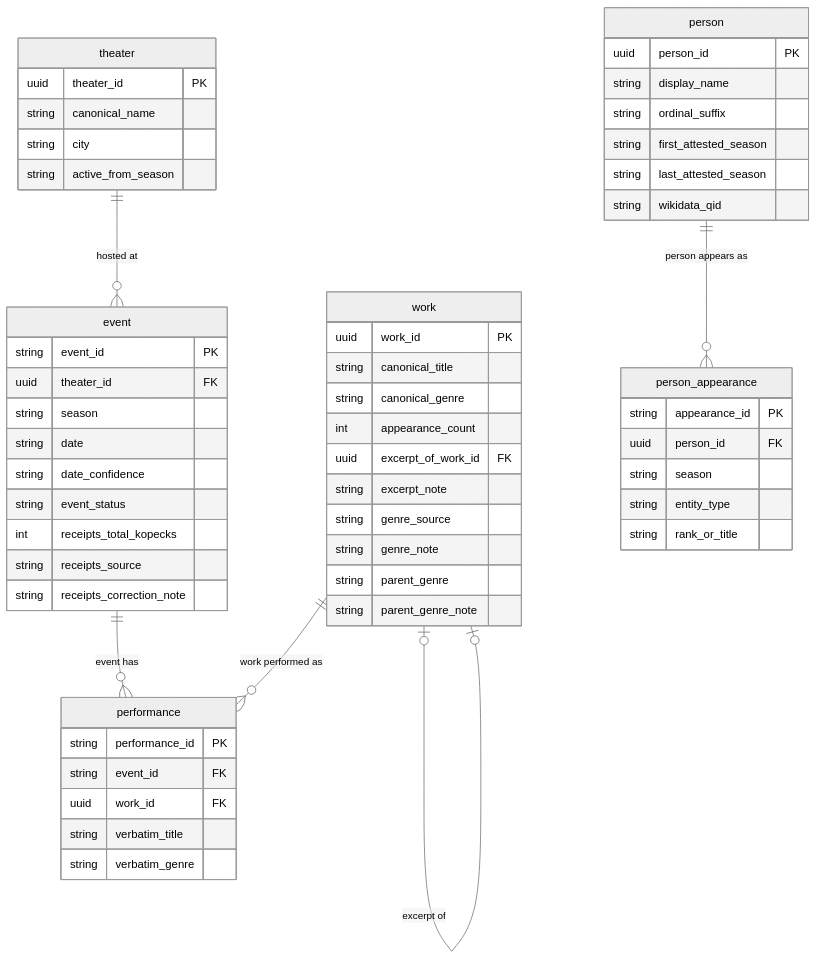
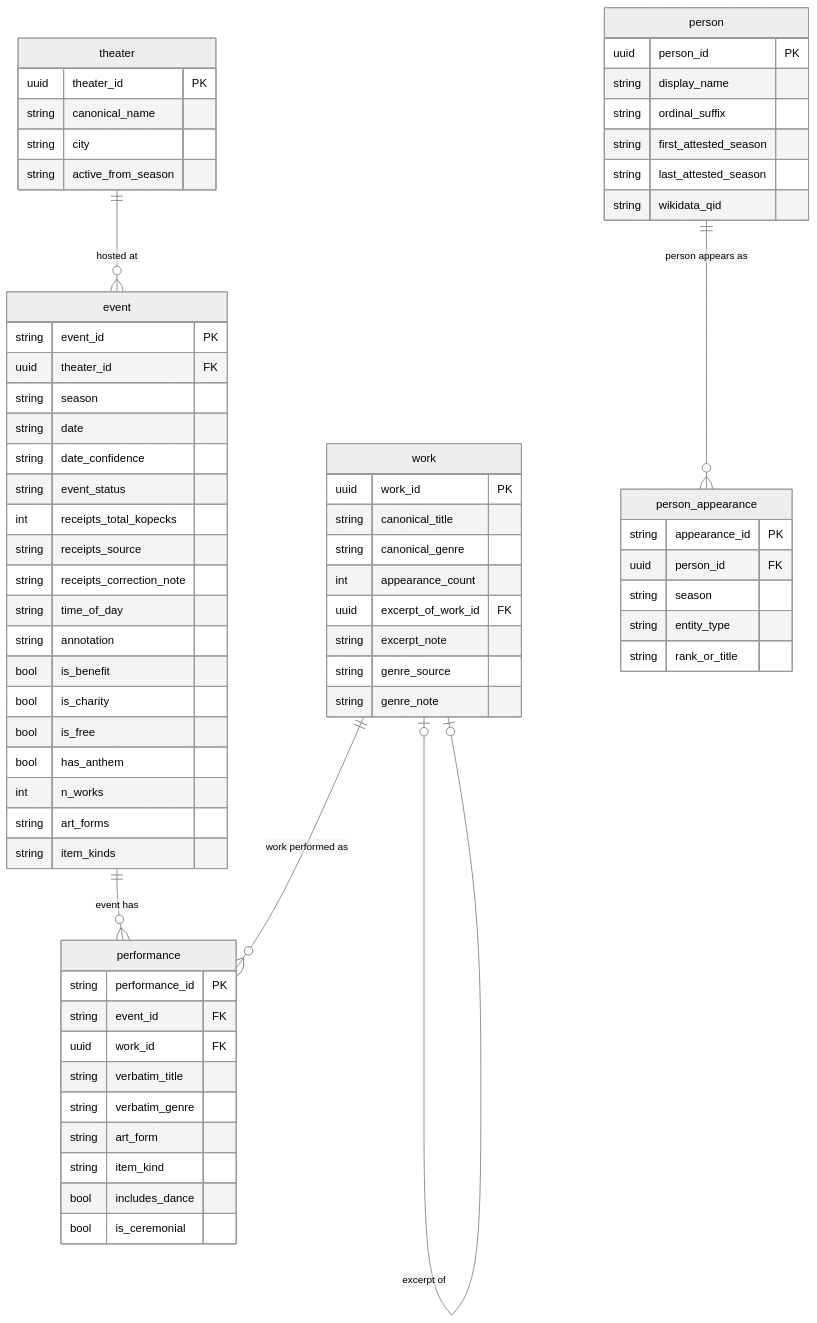
Before and after one commit to PULdischo/imperial_russia_theatre_yearbooks: the second of 2 diagrams in README.md, drawn with Mermaid (neutral theme).

Commit message:
README: research-layer diagram follows the new event and performance columns

````diff
--- a/README.md
+++ b/README.md
@@ -264,60 +264,71 @@
 ```mermaid
 erDiagram
     theater {
         uuid theater_id PK
         string canonical_name
         string city
         string active_from_season
     }
     work {
         uuid work_id PK
         string canonical_title
         string canonical_genre
         int appearance_count
         uuid excerpt_of_work_id FK
         string excerpt_note
         string genre_source
         string genre_note
-        string parent_genre
-        string parent_genre_note
     }
     person {
         uuid person_id PK
         string display_name
         string ordinal_suffix
         string first_attested_season
         string last_attested_season
         string wikidata_qid
     }
     event {
         string event_id PK
         uuid theater_id FK
         string season
         string date
         string date_confidence
         string event_status
         int receipts_total_kopecks
         string receipts_source
         string receipts_correction_note
+        string time_of_day
+        string annotation
+        bool is_benefit
+        bool is_charity
+        bool is_free
+        bool has_anthem
+        int n_works
+        string art_forms
+        string item_kinds
     }
     performance {
         string performance_id PK
         string event_id FK
         uuid work_id FK
         string verbatim_title
         string verbatim_genre
+        string art_form
+        string item_kind
+        bool includes_dance
+        bool is_ceremonial
     }
     person_appearance {
         string appearance_id PK
         uuid person_id FK
         string season
         string entity_type
         string rank_or_title
     }
 
     theater ||--o{ event : "hosted at"
     event ||--o{ performance : "event has"
     work ||--o{ performance : "work performed as"
     work |o--o| work : "excerpt of"
     person ||--o{ person_appearance : "person appears as"
 ```
````
